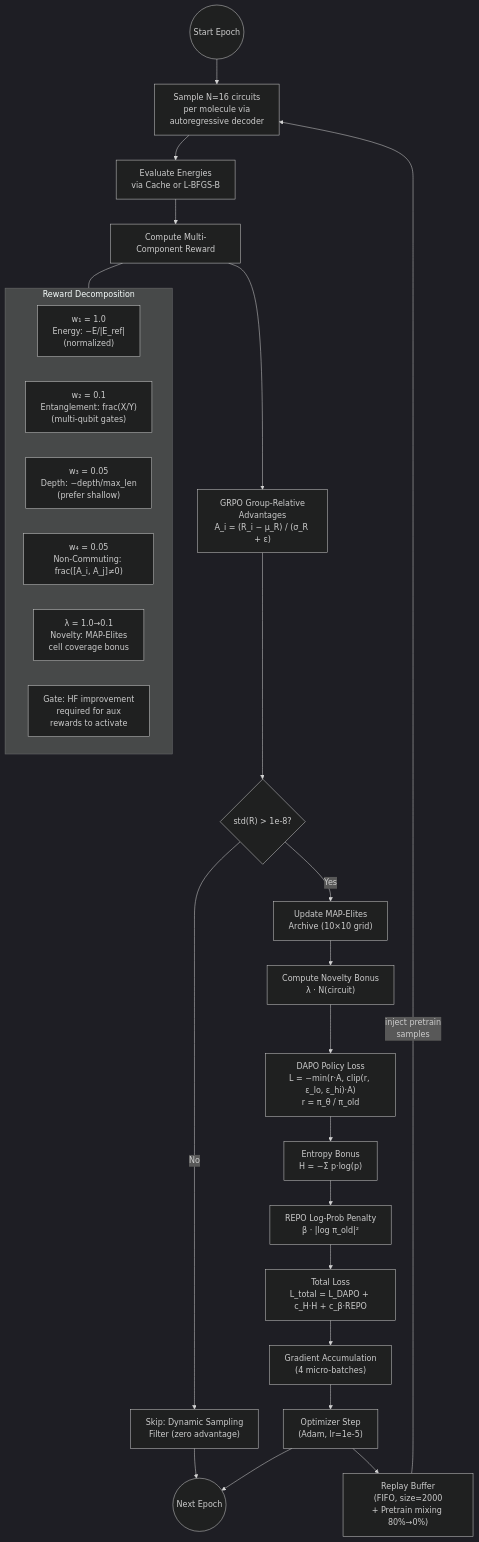
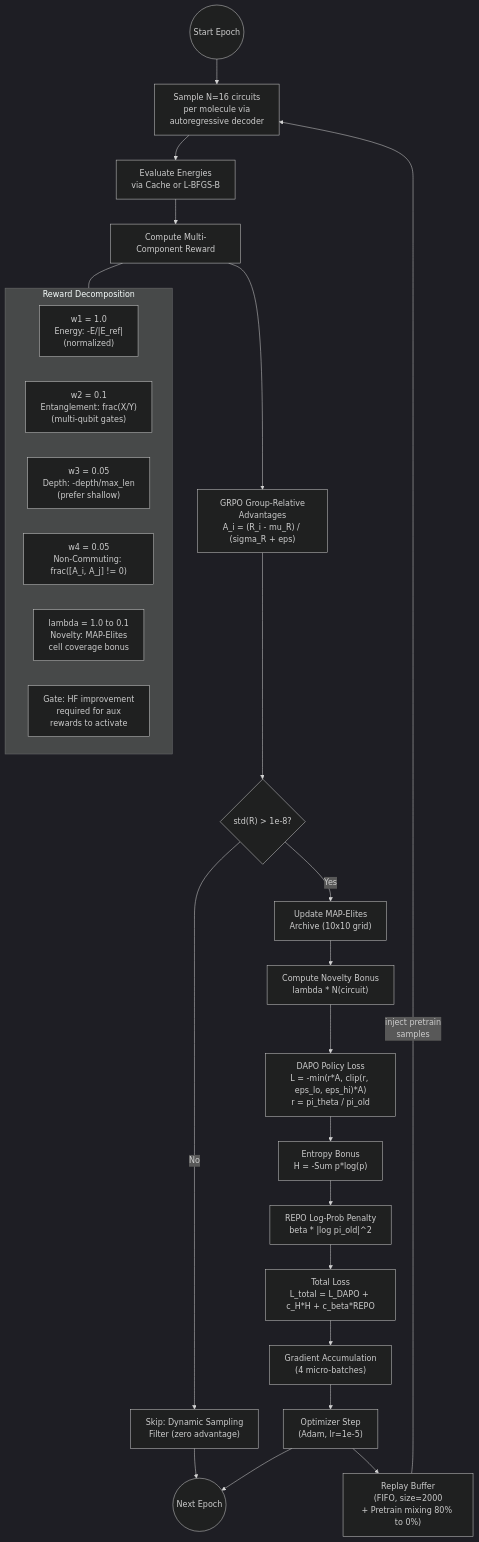
One commit to Quantum-Buddies/Conditional-GQE_materials changed the third of 11 diagrams in README.md. Above: the diagram before and after it, drawn with Mermaid (dark theme). The commit also changed other lines of this file, not shown here.

First line of the commit message:
fix: replace all Unicode with ASCII in Mermaid diagrams for GitHub rendering

````diff
--- a/README.md
+++ b/README.md
@@ -195,41 +195,41 @@
 ```mermaid
 flowchart TD
     Start(("Start Epoch"))
     Sample["Sample N=16 circuits<br>per molecule via<br>autoregressive decoder"]
     Eval["Evaluate Energies<br>via Cache or L-BFGS-B"]
     Reward["Compute Multi-Component Reward"]
-    Adv["GRPO Group-Relative<br>Advantages<br>A_i = (R_i − μ_R) / (σ_R + ε)"]
+    Adv["GRPO Group-Relative<br>Advantages<br>A_i = (R_i - mu_R) / (sigma_R + eps)"]
     DynCheck{"std(R) > 1e-8?"}
     Skip["Skip: Dynamic Sampling<br>Filter (zero advantage)"]
-    MEUpdate["Update MAP-Elites<br>Archive (10×10 grid)"]
-    Novelty["Compute Novelty Bonus<br>λ · N(circuit)"]
-    DAPO["DAPO Policy Loss<br>L = −min(r·A, clip(r, ε_lo, ε_hi)·A)<br>r = π_θ / π_old"]
-    Entropy["Entropy Bonus<br>H = −Σ p·log(p)"]
-    REPO["REPO Log-Prob Penalty<br>β · |log π_old|²"]
-    Loss["Total Loss<br>L_total = L_DAPO + c_H·H + c_β·REPO"]
+    MEUpdate["Update MAP-Elites<br>Archive (10x10 grid)"]
+    Novelty["Compute Novelty Bonus<br>lambda * N(circuit)"]
+    DAPO["DAPO Policy Loss<br>L = -min(r*A, clip(r, eps_lo, eps_hi)*A)<br>r = pi_theta / pi_old"]
+    Entropy["Entropy Bonus<br>H = -Sum p*log(p)"]
+    REPO["REPO Log-Prob Penalty<br>beta * |log pi_old|^2"]
+    Loss["Total Loss<br>L_total = L_DAPO + c_H*H + c_beta*REPO"]
     GradAcc["Gradient Accumulation<br>(4 micro-batches)"]
     Update["Optimizer Step<br>(Adam, lr=1e-5)"]
-    Buffer["Replay Buffer<br>(FIFO, size=2000<br>+ Pretrain mixing 80%→0%)"]
+    Buffer["Replay Buffer<br>(FIFO, size=2000<br>+ Pretrain mixing 80% to 0%)"]
     Next(("Next Epoch"))
 
     Start --> Sample --> Eval --> Reward --> Adv --> DynCheck
     DynCheck -->|"No"| Skip --> Next
     DynCheck -->|"Yes"| MEUpdate --> Novelty
     Novelty --> DAPO
     DAPO --> Entropy --> REPO --> Loss
     Loss --> GradAcc --> Update
     Update --> Buffer
     Buffer -->|"inject pretrain<br>samples"| Sample
     Update --> Next
 
     subgraph Reward_Components ["Reward Decomposition"]
-        R1["w₁ = 1.0<br>Energy: −E/|E_ref|<br>(normalized)"]
-        R2["w₂ = 0.1<br>Entanglement: frac(X/Y)<br>(multi-qubit gates)"]
-        R3["w₃ = 0.05<br>Depth: −depth/max_len<br>(prefer shallow)"]
-        R4["w₄ = 0.05<br>Non-Commuting: frac([A_i, A_j]≠0)"]
-        R5["λ = 1.0→0.1<br>Novelty: MAP-Elites<br>cell coverage bonus"]
+        R1["w1 = 1.0<br>Energy: -E/|E_ref|<br>(normalized)"]
+        R2["w2 = 0.1<br>Entanglement: frac(X/Y)<br>(multi-qubit gates)"]
+        R3["w3 = 0.05<br>Depth: -depth/max_len<br>(prefer shallow)"]
+        R4["w4 = 0.05<br>Non-Commuting: frac([A_i, A_j] != 0)"]
+        R5["lambda = 1.0 to 0.1<br>Novelty: MAP-Elites<br>cell coverage bonus"]
         R6["Gate: HF improvement<br>required for aux<br>rewards to activate"]
     end
 
     Reward --- Reward_Components
 ```
````
